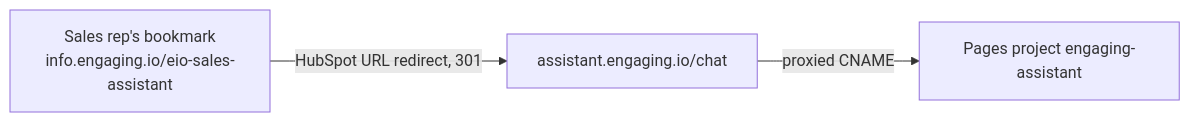
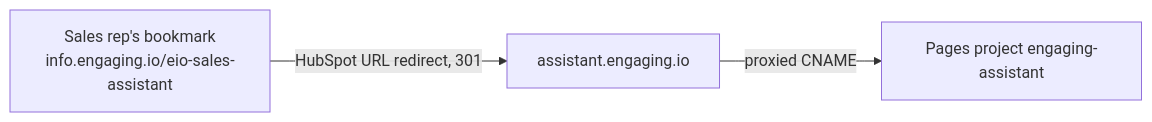
Before and after one commit to randika-srimal/cloudie: the diagram in docs/guide/assistant.md, drawn with Mermaid. The commit also changed other lines of this file and 14 other files, not shown here.

Commit message:
Remove chat page implementation, including all related scripts, styles, and markup for the AI Sales Assistant.

````diff
--- a/docs/guide/assistant.md
+++ b/docs/guide/assistant.md
@@ -117,5 +117,5 @@
 ```mermaid
 flowchart LR
-  U[Sales rep's bookmark<br/>info.engaging.io/eio-sales-assistant] -->|HubSpot URL redirect, 301| N[assistant.engaging.io/chat]
+  U[Sales rep's bookmark<br/>info.engaging.io/eio-sales-assistant] -->|HubSpot URL redirect, 301| N[assistant.engaging.io]
   N -->|proxied CNAME| P[Pages project engaging-assistant]
 ```
````
